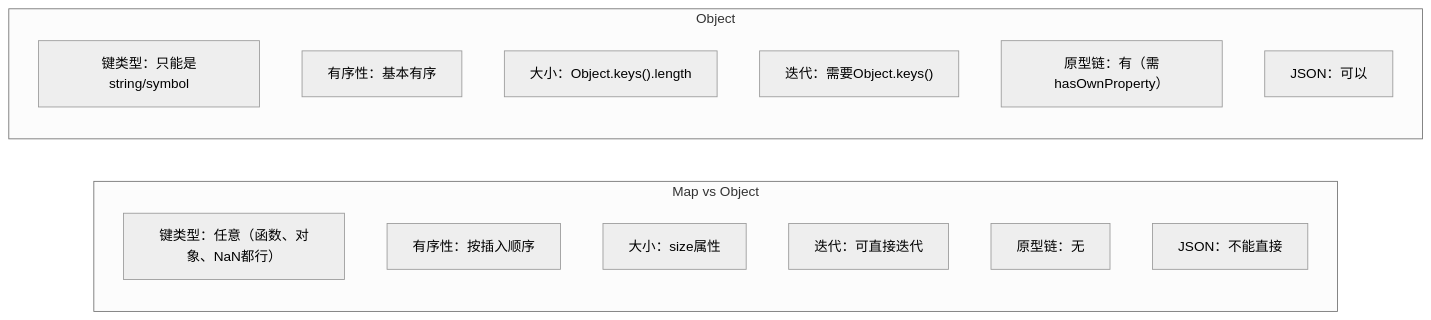
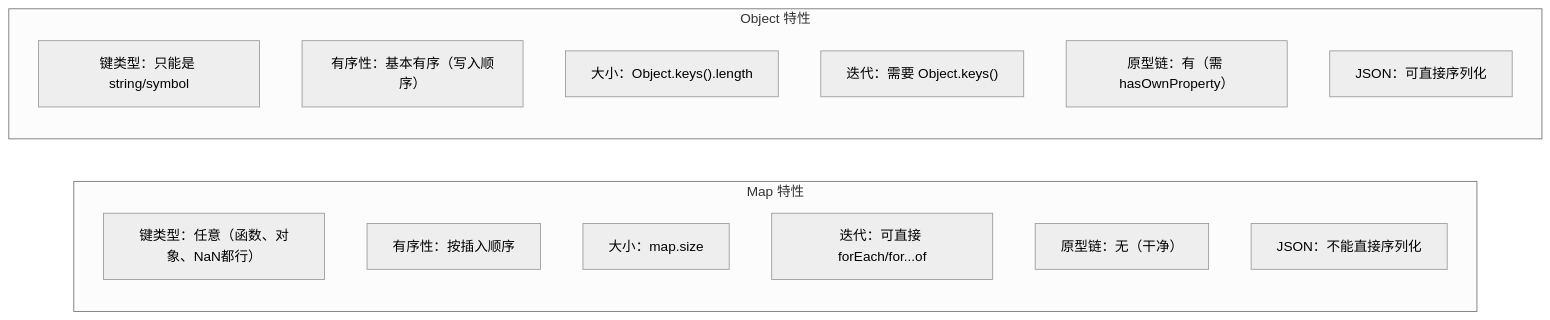
Before and after one commit to Shyu-x/frontend-interview: the eighth of 8 diagrams in docs/js/hyper-frequencies.md, drawn with Mermaid (neutral theme). The commit also changed other lines of this file, not shown here.

First line of the commit message:
docs: fix mermaid diagram syntax issues in js/hyper-frequencies.md

````diff
--- a/docs/js/hyper-frequencies.md
+++ b/docs/js/hyper-frequencies.md
@@ -1560,21 +1553,20 @@
 ```mermaid
 flowchart LR
-    subgraph comparison["Map vs Object"]
-        direction TB
+    subgraph map["Map 特性"]
         M1["键类型：任意（函数、对象、NaN都行）"]
         M2["有序性：按插入顺序"]
-        M3["大小：size属性"]
-        M4["迭代：可直接迭代"]
-        M5["原型链：无"]
-        M6["JSON：不能直接"]
+        M3["大小：map.size"]
+        M4["迭代：可直接 forEach/for...of"]
+        M5["原型链：无（干净）"]
+        M6["JSON：不能直接序列化"]
     end
     
-    subgraph comparison2["Object"]
-        O1["键类型：只能是string/symbol"]
-        O2["有序性：基本有序"]
+    subgraph obj["Object 特性"]
+        O1["键类型：只能是 string/symbol"]
+        O2["有序性：基本有序（写入顺序）"]
         O3["大小：Object.keys().length"]
-        O4["迭代：需要Object.keys()"]
-        O5["原型链：有（需hasOwnProperty）"]
-        O6["JSON：可以"]
+        O4["迭代：需要 Object.keys()"]
+        O5["原型链：有（需 hasOwnProperty）"]
+        O6["JSON：可直接序列化"]
     end
 ```
````
